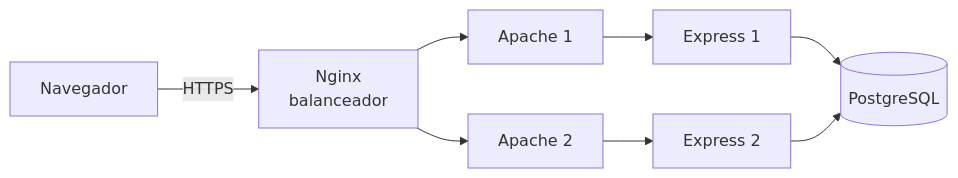
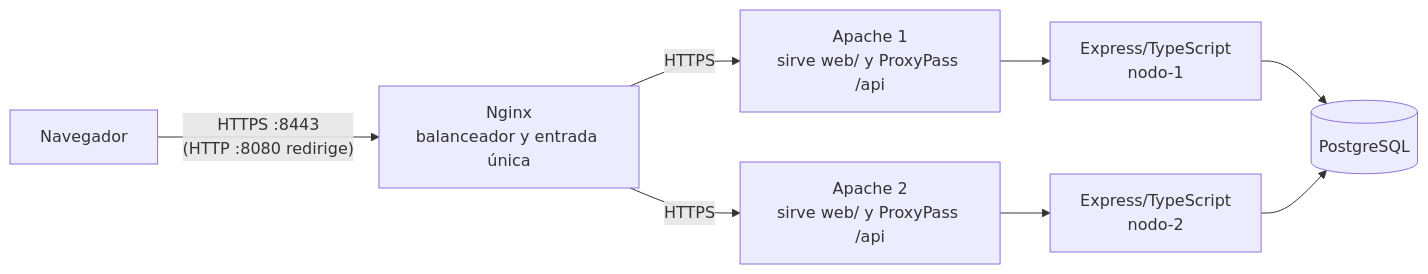
The diagram in README.md (JeffersonUU7/mama-toyo-pedidos), drawn with Mermaid before and after one commit. The commit also changed other lines of this file and 15 other files, not shown here.

````diff
--- a/README.md
+++ b/README.md
@@ -25,6 +12,6 @@
 ```mermaid
 flowchart LR
-    N["Navegador"] -- "HTTPS" --> NG["Nginx<br/>balanceador"]
-    NG --> A1["Apache 1"] --> E1["Express 1"] --> DB[("PostgreSQL")]
-    NG --> A2["Apache 2"] --> E2["Express 2"] --> DB
+    N["Navegador"] -- "HTTPS :8443<br/>(HTTP :8080 redirige)" --> NG["Nginx<br/>balanceador y entrada única"]
+    NG -- "HTTPS" --> A1["Apache 1<br/>sirve web/ y ProxyPass /api"] --> E1["Express/TypeScript<br/>nodo-1"] --> DB[("PostgreSQL")]
+    NG -- "HTTPS" --> A2["Apache 2<br/>sirve web/ y ProxyPass /api"] --> E2["Express/TypeScript<br/>nodo-2"] --> DB
 ```
````
